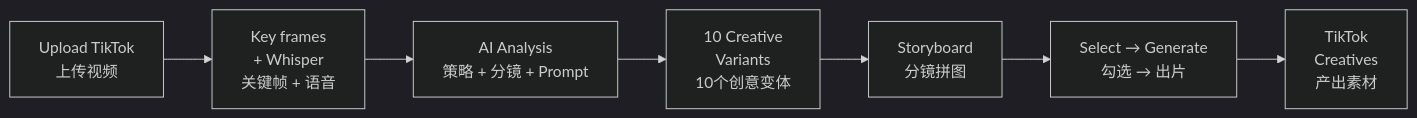
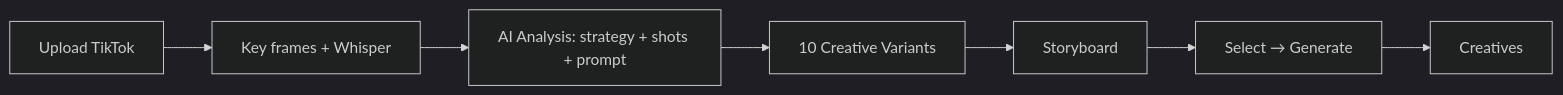
One commit to peipeijiang/decipher changed the first of 2 diagrams in README.md. Above: the diagram before and after it, drawn with Mermaid (dark theme). The commit also changed other lines of this file, not shown here.

````diff
--- a/README.md
+++ b/README.md
@@ -291,9 +117,9 @@
 ```mermaid
 graph LR
-    A[Upload TikTok<br/>上传视频] --> B[Key frames<br/>+ Whisper<br/>关键帧 + 语音]
-    B --> C[AI Analysis<br/>策略 + 分镜 + Prompt]
-    C --> D[10 Creative<br/>Variants<br/>10个创意变体]
-    D --> E[Storyboard<br/>分镜拼图]
-    E --> F[Select → Generate<br/>勾选 → 出片]
-    F --> G[TikTok<br/>Creatives<br/>产出素材]
+    A[Upload TikTok] --> B[Key frames + Whisper]
+    B --> C[AI Analysis: strategy + shots + prompt]
+    C --> D[10 Creative Variants]
+    D --> E[Storyboard]
+    E --> F[Select → Generate]
+    F --> G[Creatives]
 ```
````
